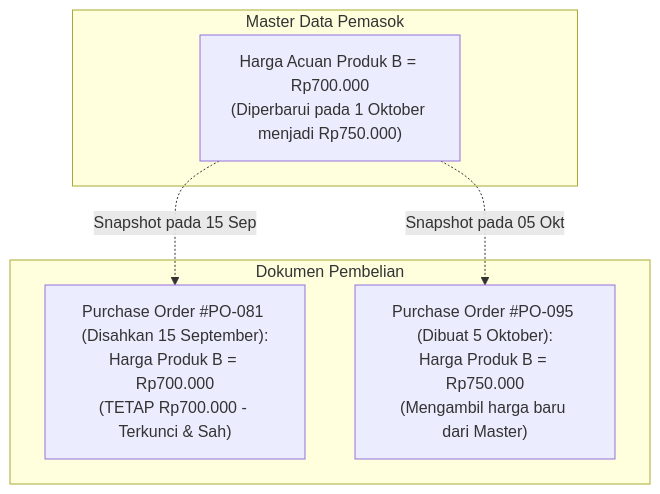
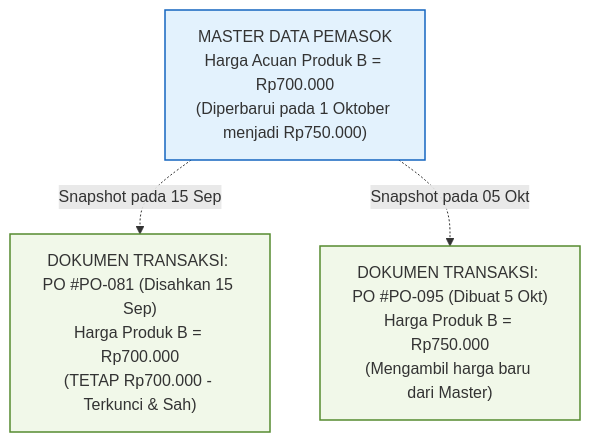
The second of 2 diagrams in content/04-purchasing/supplier-and-purchasing-master-data.md (alimurrofid/erp-notes), drawn with Mermaid before and after one commit. The commit also changed 58 other files, not shown here.

Commit message:
fix(content):Mermaid Subgraph

````diff
--- a/content/04-purchasing/supplier-and-purchasing-master-data.md
+++ b/content/04-purchasing/supplier-and-purchasing-master-data.md
@@ -112,14 +112,15 @@
 ```mermaid
 flowchart TD
-    subgraph MasterData["Master Data Pemasok"]
-        M1["Harga Acuan Produk B = Rp700.000<br/>(Diperbarui pada 1 Oktober menjadi Rp750.000)"]
-    end
+    M1["MASTER DATA PEMASOK<br/>Harga Acuan Produk B = Rp700.000<br/>(Diperbarui pada 1 Oktober menjadi Rp750.000)"]
 
-    subgraph TransactionData["Dokumen Pembelian"]
-        T1["Purchase Order #PO-081 (Disahkan 15 September):<br/>Harga Produk B = Rp700.000<br/>(TETAP Rp700.000 - Terkunci & Sah)"]
-        T2["Purchase Order #PO-095 (Dibuat 5 Oktober):<br/>Harga Produk B = Rp750.000<br/>(Mengambil harga baru dari Master)"]
-    end
+    T1["DOKUMEN TRANSAKSI: PO #PO-081 (Disahkan 15 Sep)<br/>Harga Produk B = Rp700.000<br/>(TETAP Rp700.000 - Terkunci & Sah)"]
+    T2["DOKUMEN TRANSAKSI: PO #PO-095 (Dibuat 5 Okt)<br/>Harga Produk B = Rp750.000<br/>(Mengambil harga baru dari Master)"]
 
     M1 -.->|Snapshot pada 15 Sep| T1
     M1 -.->|Snapshot pada 05 Okt| T2
+
+    classDef master fill:#e3f2fd,stroke:#1565c0,stroke-width:1.5px;
+    classDef trans fill:#f1f8e9,stroke:#558b2f,stroke-width:1.5px;
+    class M1 master;
+    class T1,T2 trans;
 ```
````
